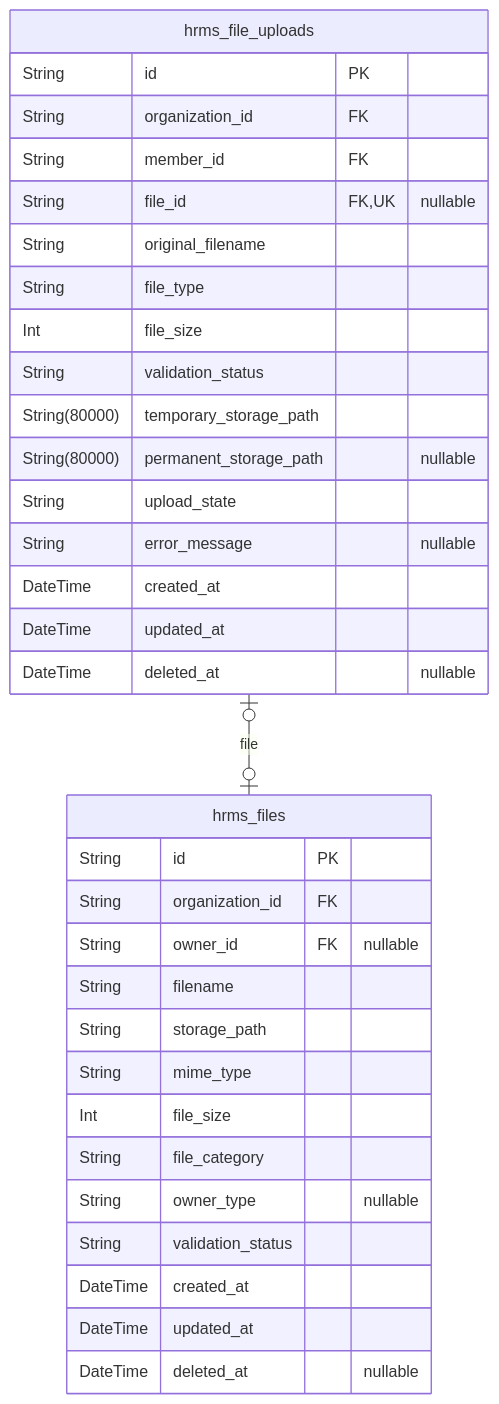
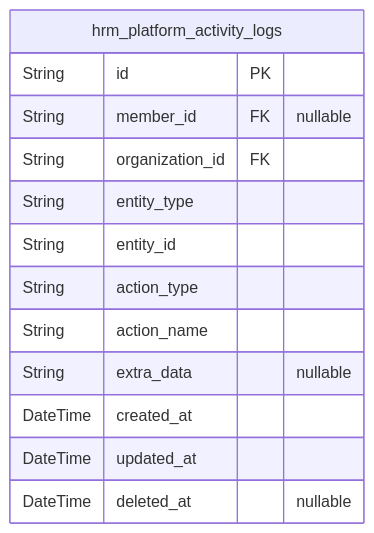
Before and after one commit to wrtnlabs/autobe-examples: the seventh of 8 diagrams in qwen/qwen3.5-35b-a3b/erp/docs/ERD.md, drawn with Mermaid. The commit also changed other lines of this file and 32093 other files, not shown here.

````diff
--- a/qwen/qwen3.5-35b-a3b/erp/docs/ERD.md
+++ b/qwen/qwen3.5-35b-a3b/erp/docs/ERD.md
@@ -1184,36 +2275,16 @@
 ```mermaid
 erDiagram
-"hrms_files" {
+"hrm_platform_activity_logs" {
   String id PK
+  String member_id FK "nullable"
   String organization_id FK
-  String owner_id FK "nullable"
-  String filename
-  String storage_path
-  String mime_type
-  Int file_size
-  String file_category
-  String owner_type "nullable"
-  String validation_status
+  String entity_type
+  String entity_id
+  String action_type
+  String action_name
+  String extra_data "nullable"
   DateTime created_at
   DateTime updated_at
   DateTime deleted_at "nullable"
 }
-"hrms_file_uploads" {
-  String id PK
-  String organization_id FK
-  String member_id FK
-  String file_id FK,UK "nullable"
-  String original_filename
-  String file_type
-  Int file_size
-  String validation_status
-  String(80000) temporary_storage_path
-  String(80000) permanent_storage_path "nullable"
-  String upload_state
-  String error_message "nullable"
-  DateTime created_at
-  DateTime updated_at
-  DateTime deleted_at "nullable"
-}
-"hrms_file_uploads" |o--o| "hrms_files" : file
 ```
````
